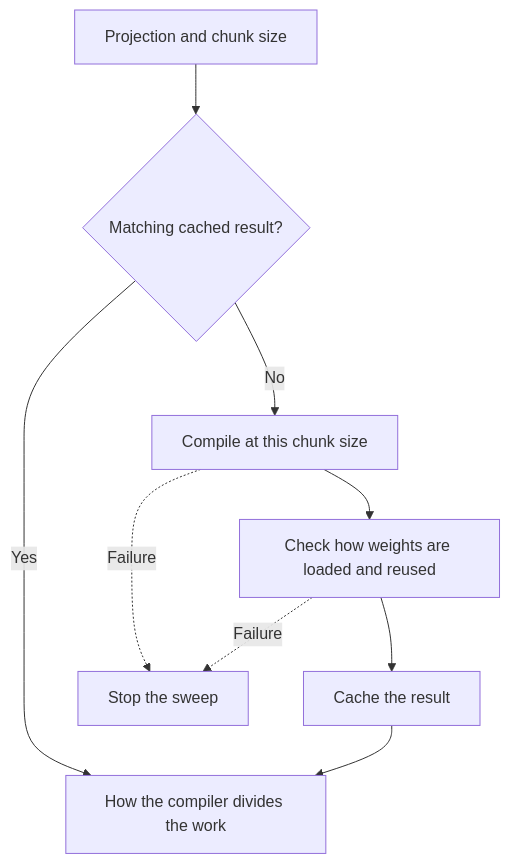
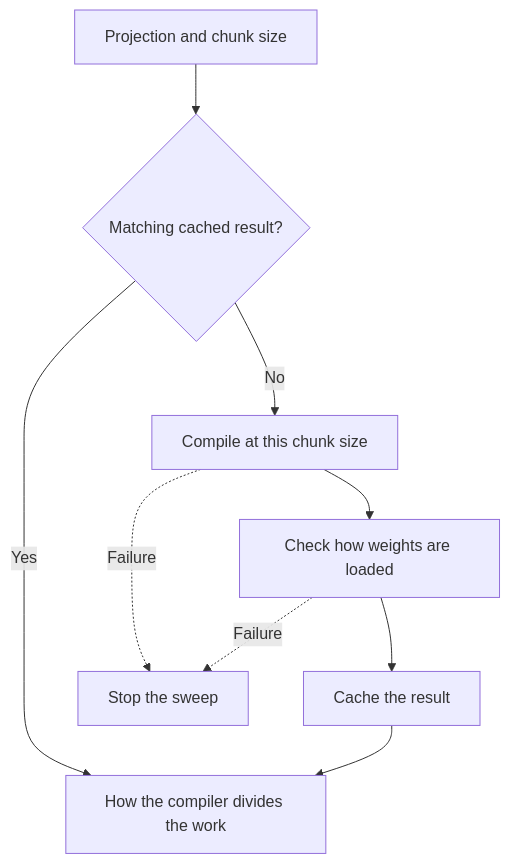
One commit to synaptics-torq/torq-tools changed the second of 4 diagrams in src/torq/model_export/doc/prefill_sizes.md. Above: the diagram before and after it, drawn with Mermaid. The commit also changed other lines of this file and 5 other files, not shown here.

````diff
--- a/src/torq/model_export/doc/prefill_sizes.md
+++ b/src/torq/model_export/doc/prefill_sizes.md
@@ -85,11 +76,11 @@
 ```mermaid
 flowchart TD
     Request["Projection and chunk size"] --> Cache{"Matching cached result?"}
     Cache -->|Yes| Result["How the compiler divides the work"]
     Cache -->|No| Compile["Compile at this chunk size"]
-    Compile --> Parse["Check how weights are loaded and reused"]
+    Compile --> Parse["Check how weights are loaded"]
     Parse --> Save["Cache the result"]
     Save --> Result
     Compile -.->|Failure| Stop["Stop the sweep"]
     Parse -.->|Failure| Stop
 ```
````
